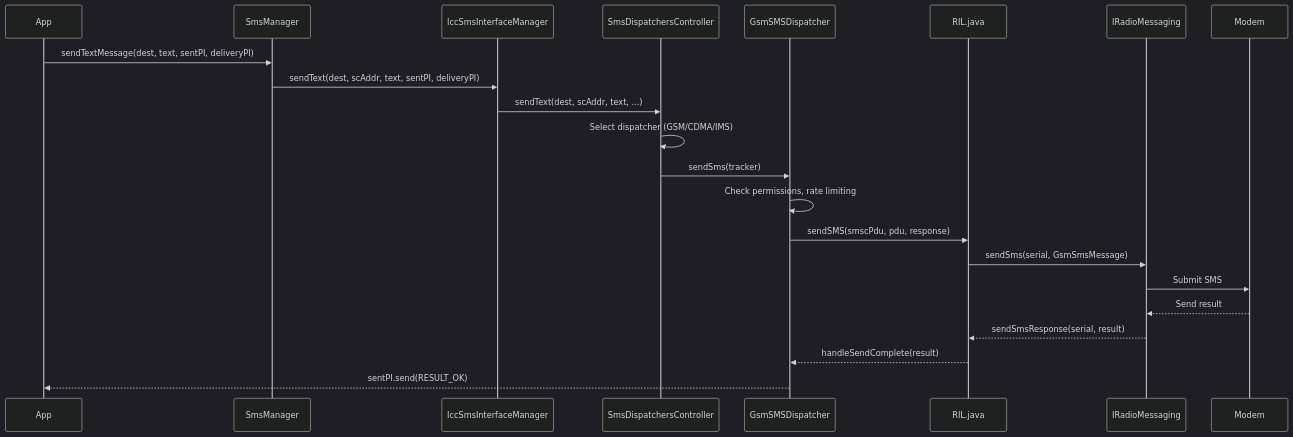
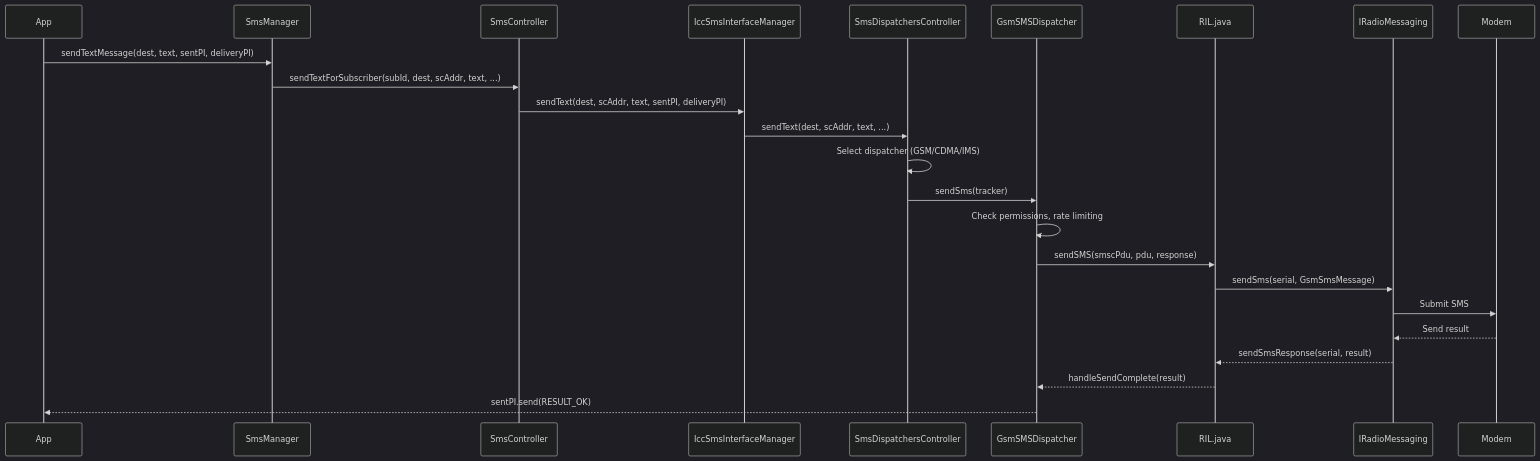
One commit to aospbooks/aosp-internal-book changed diagram 18 of 55 in 36-telephony.md. Above: the diagram before and after it, drawn with Mermaid (dark theme). The commit also changed other lines of this file and 218 other files, not shown here.

````diff
--- a/36-telephony.md
+++ b/36-telephony.md
@@ -1510,25 +1536,27 @@
 ```mermaid
 sequenceDiagram
     participant App
     participant SM as SmsManager
+    participant SC as SmsController
     participant ISIM as IccSmsInterfaceManager
     participant SDC as SmsDispatchersController
     participant Disp as GsmSMSDispatcher
     participant RIL as RIL.java
     participant HAL as IRadioMessaging
     participant Modem
 
     App->>SM: sendTextMessage(dest, text, sentPI, deliveryPI)
-    SM->>ISIM: sendText(dest, scAddr, text, sentPI, deliveryPI)
+    SM->>SC: sendTextForSubscriber(subId, dest, scAddr, text, ...)
+    SC->>ISIM: sendText(dest, scAddr, text, sentPI, deliveryPI)
     ISIM->>SDC: sendText(dest, scAddr, text, ...)
     SDC->>SDC: Select dispatcher (GSM/CDMA/IMS)
     SDC->>Disp: sendSms(tracker)
     Disp->>Disp: Check permissions, rate limiting
     Disp->>RIL: sendSMS(smscPdu, pdu, response)
     RIL->>HAL: sendSms(serial, GsmSmsMessage)
     HAL->>Modem: Submit SMS
     Modem-->>HAL: Send result
     HAL-->>RIL: sendSmsResponse(serial, result)
     RIL-->>Disp: handleSendComplete(result)
     Disp-->>App: sentPI.send(RESULT_OK)
 ```
````
